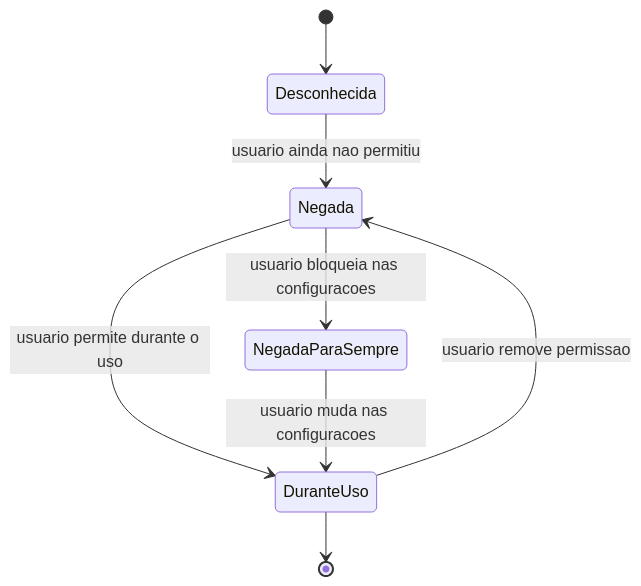
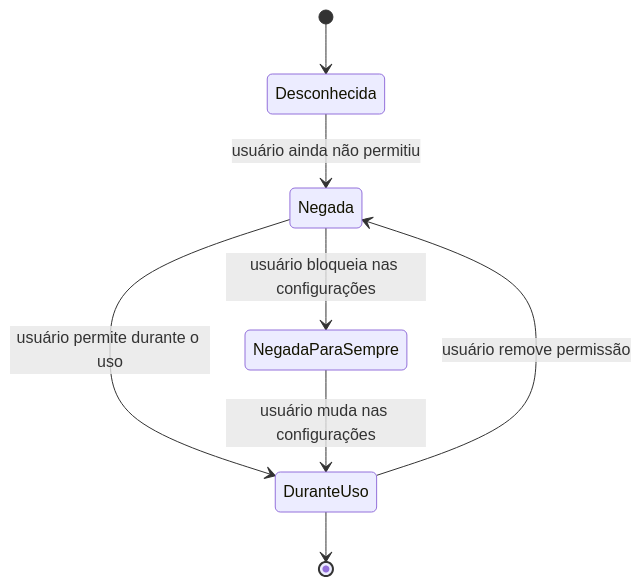
The sixth of 13 diagrams in courses/2026-1-DS-Prog-Aplicativos-Mobile-II-Novotec-Noturno/aulas/aula-12.md (prof-gustavo-villalta/self), drawn with Mermaid before and after one commit. The commit also changed other lines of this file and 6 other files, not shown here.

````diff
--- a/courses/2026-1-DS-Prog-Aplicativos-Mobile-II-Novotec-Noturno/aulas/aula-12.md
+++ b/courses/2026-1-DS-Prog-Aplicativos-Mobile-II-Novotec-Noturno/aulas/aula-12.md
@@ -222,10 +222,10 @@
 ```mermaid
 stateDiagram-v2
     [*] --> Desconhecida
-    Desconhecida --> Negada: usuario ainda nao permitiu
-    Negada --> DuranteUso: usuario permite durante o uso
-    Negada --> NegadaParaSempre: usuario bloqueia nas configuracoes
-    DuranteUso --> Negada: usuario remove permissao
+    Desconhecida --> Negada: usuário ainda não permitiu
+    Negada --> DuranteUso: usuário permite durante o uso
+    Negada --> NegadaParaSempre: usuário bloqueia nas configurações
+    DuranteUso --> Negada: usuário remove permissão
     DuranteUso --> [*]
-    NegadaParaSempre --> DuranteUso: usuario muda nas configuracoes
+    NegadaParaSempre --> DuranteUso: usuário muda nas configurações
 ```
````
